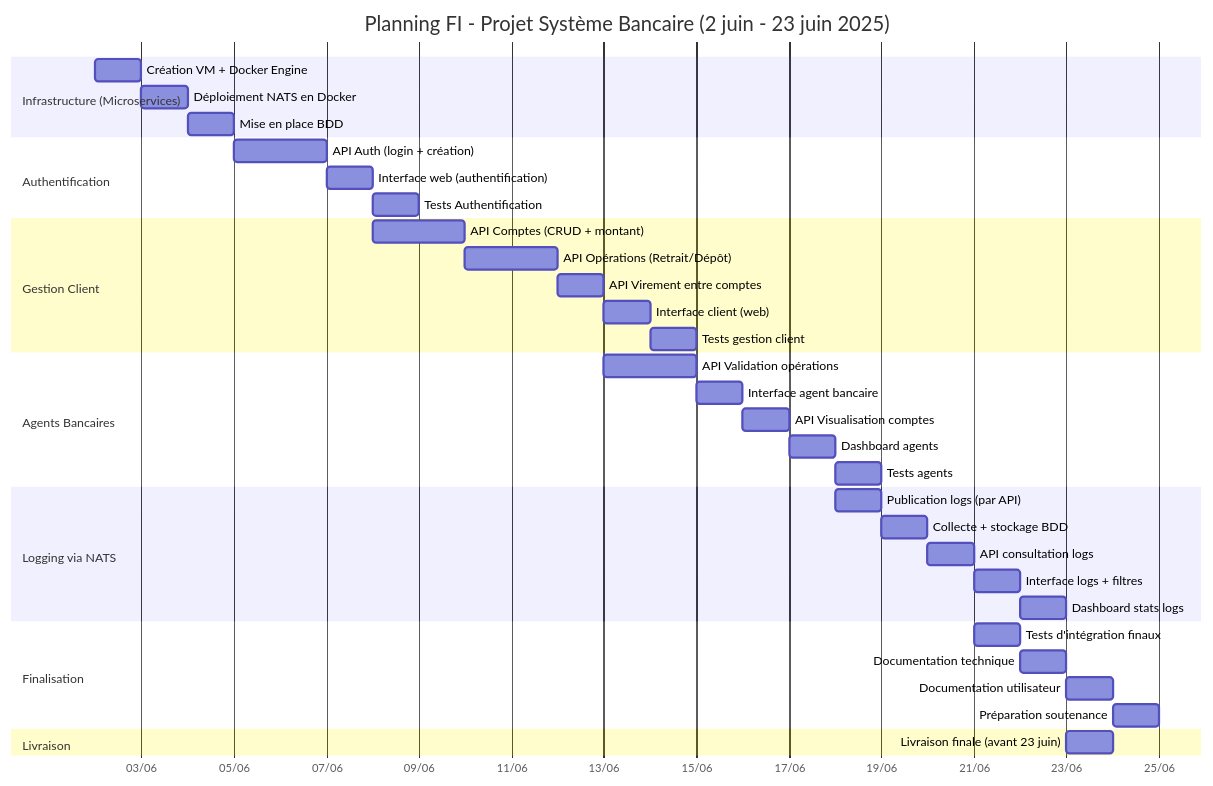
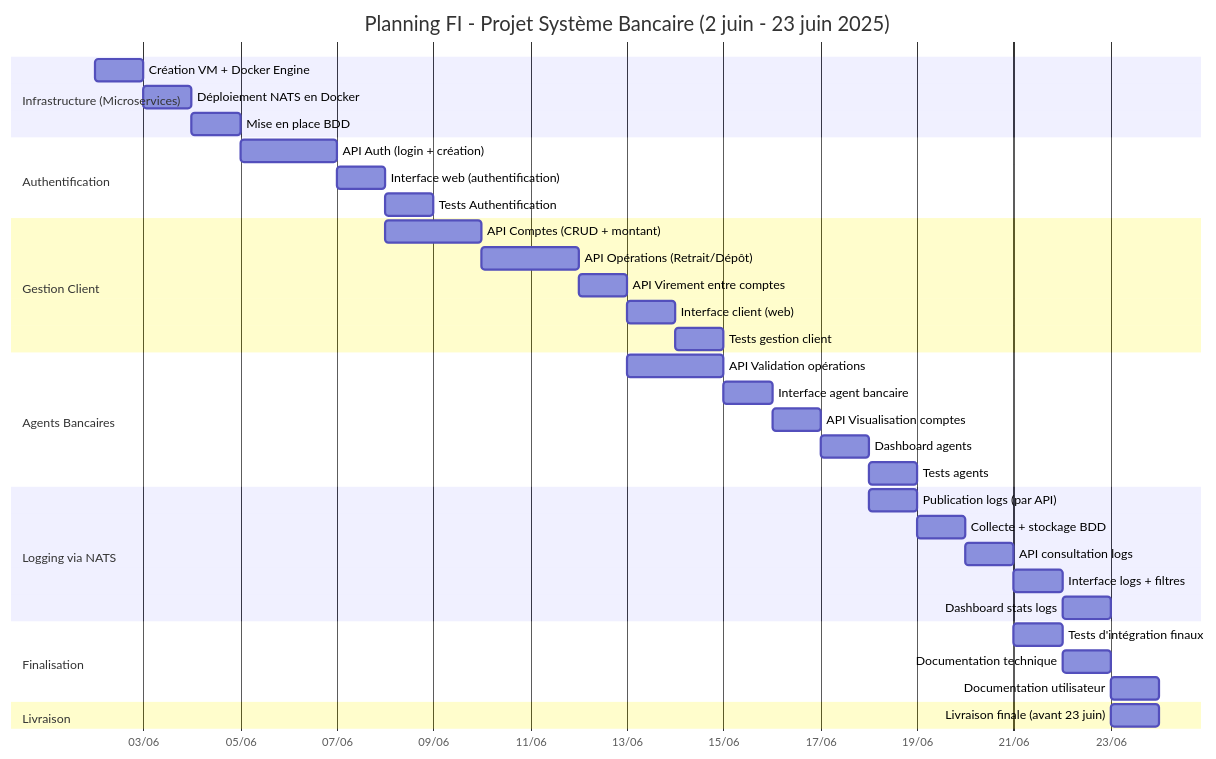
The diagram in README.md (LOIC-only-one/sae_bank_leading), drawn with Mermaid before and after one commit.

````diff
--- a/README.md
+++ b/README.md
@@ -1,46 +1,45 @@
 ```mermaid
 gantt
     title Planning FI - Projet Système Bancaire (2 juin - 23 juin 2025)
     dateFormat  YYYY-MM-DD
     axisFormat  %d/%m
 
     section Infrastructure (Microservices)
     Création VM + Docker Engine     :vm-setup, 2025-06-02, 1d
     Déploiement NATS en Docker      :nats-docker, after vm-setup, 1d
     Mise en place BDD               :db-setup, after nats-docker, 1d
 
     section Authentification
     API Auth (login + création)     :auth-api, 2025-06-05, 2d
     Interface web (authentification):auth-ui, after auth-api, 1d
     Tests Authentification          :auth-test, after auth-ui, 1d
 
     section Gestion Client
     API Comptes (CRUD + montant)    :client-api, 2025-06-08, 2d
     API Opérations (Retrait/Dépôt)  :ops-api, after client-api, 2d
     API Virement entre comptes      :virement-api, after ops-api, 1d
     Interface client (web)          :client-ui, after virement-api, 1d
     Tests gestion client            :client-test, after client-ui, 1d
 
     section Agents Bancaires
     API Validation opérations       :agent-api, 2025-06-13, 2d
     Interface agent bancaire        :agent-ui, after agent-api, 1d
     API Visualisation comptes       :view-api, after agent-ui, 1d
     Dashboard agents                :dashboard-agent, after view-api, 1d
     Tests agents                    :agent-test, after dashboard-agent, 1d
 
     section Logging via NATS
     Publication logs (par API)      :log-publish, 2025-06-18, 1d
     Collecte + stockage BDD         :log-collect, after log-publish, 1d
     API consultation logs           :log-api, after log-collect, 1d
     Interface logs + filtres        :log-ui, after log-api, 1d
     Dashboard stats logs            :log-stats, after log-ui, 1d
 
     section Finalisation
     Tests d'intégration finaux      :integration, 2025-06-21, 1d
     Documentation technique         :doc-tech, after integration, 1d
     Documentation utilisateur       :doc-user, after doc-tech, 0.5d
-    Préparation soutenance          :prep, after doc-user, 0.5d
 
     section Livraison
     Livraison finale (avant 23 juin):delivery, 2025-06-23, 1d
 ```
````
